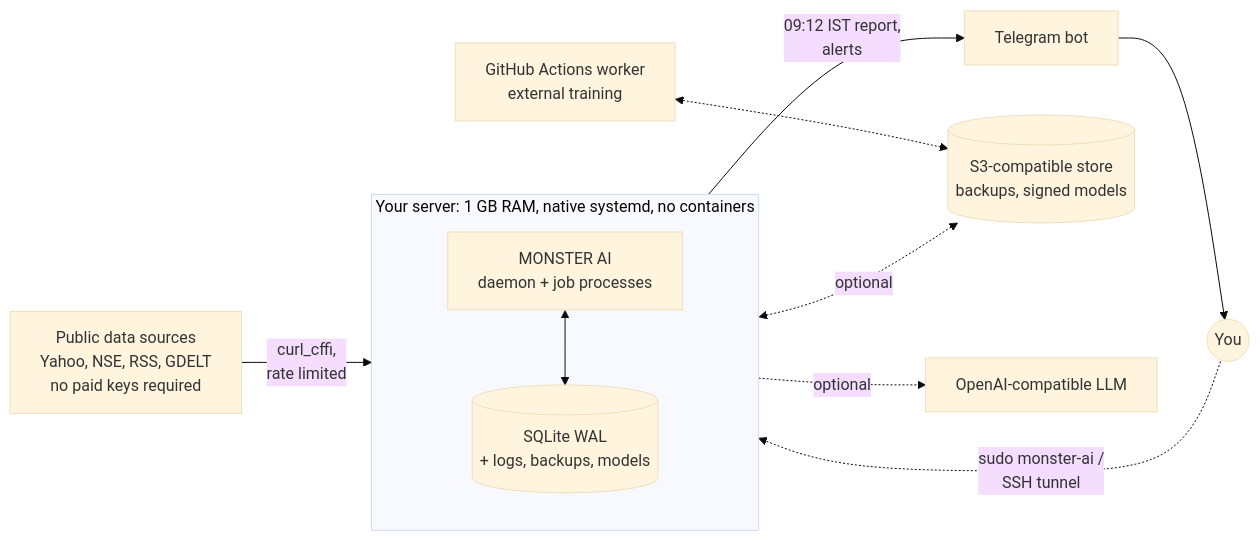
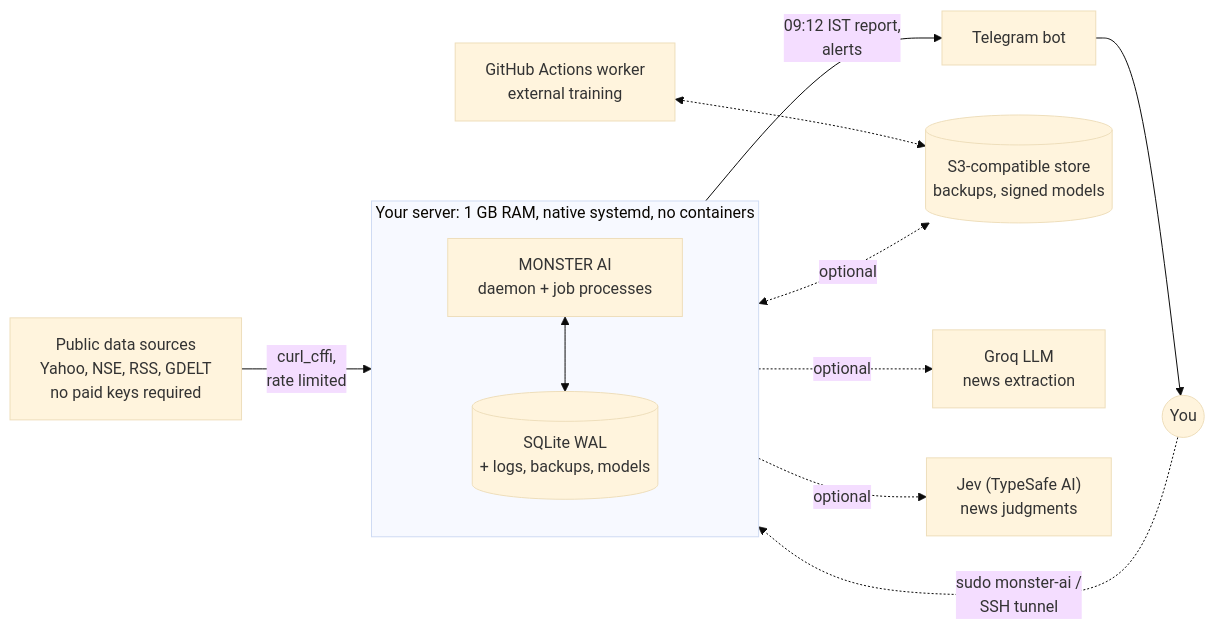
The first of 20 diagrams in MONSTER-AI/docs/ARCHITECTURE.md (amansoni7477030/MonsterStock_AI), drawn with Mermaid (base theme) before and after one commit. The commit also changed other lines of this file and 6 other files, not shown here.

````diff
--- a/MONSTER-AI/docs/ARCHITECTURE.md
+++ b/MONSTER-AI/docs/ARCHITECTURE.md
@@ -41,13 +42,14 @@
 ```mermaid
 flowchart LR
     SRC["Public data sources<br/>Yahoo, NSE, RSS, GDELT<br/>no paid keys required"] -->|"curl_cffi,<br/>rate limited"| MON
     subgraph SERVER["Your server: 1 GB RAM, native systemd, no containers"]
         direction TB
         MON["MONSTER AI<br/>daemon + job processes"] <--> DB[("SQLite WAL<br/>+ logs, backups, models")]
     end
     MON -->|"09:12 IST report,<br/>alerts"| TG["Telegram bot"] --> YOU(("You"))
     YOU -.->|"sudo monster-ai /<br/>SSH tunnel"| MON
     MON <-.->|"optional"| S3[("S3-compatible store<br/>backups, signed models")]
-    MON -.->|"optional"| LLM["OpenAI-compatible LLM"]
+    MON -.->|"optional"| GROQ["Groq LLM<br/>news extraction"]
+    MON -.->|"optional"| JEV["Jev (TypeSafe AI)<br/>news judgments"]
     GHA["GitHub Actions worker<br/>external training"] <-.-> S3
 ```
````
